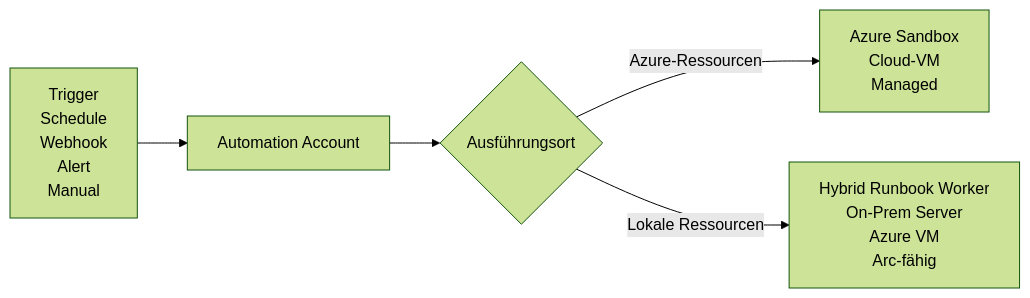
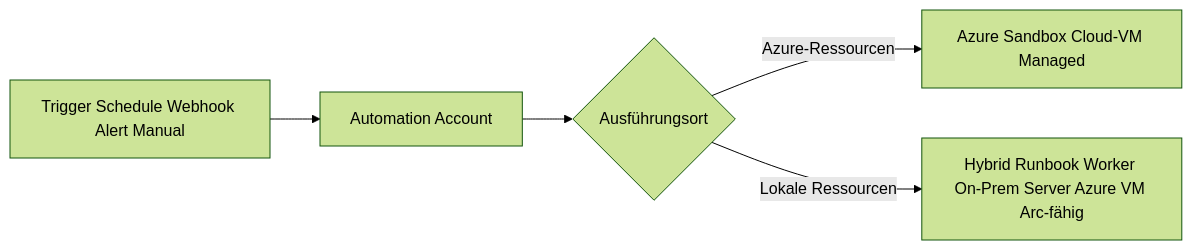
One commit to SoniiiT/notes-n-docs changed the second of 4 diagrams in Microsoft 365/Azure/Monitor und Management/Azure Automation.md. Above: the diagram before and after it, drawn with Mermaid (forest theme). The commit also changed other lines of this file and 124 other files, not shown here.

First line of the commit message:
fix: Entferne \n aus allen Mermaid-Diagrammen (125 Dateien)

````diff
--- a/Microsoft 365/Azure/Monitor und Management/Azure Automation.md
+++ b/Microsoft 365/Azure/Monitor und Management/Azure Automation.md
@@ -154,13 +154,13 @@
 ```mermaid
 graph LR
     AA["Automation Account"]
-    Trigger["Trigger\nSchedule\nWebhook\nAlert\nManual"]
+    Trigger["Trigger Schedule Webhook Alert Manual"]
     Decision{"Ausführungsort"}
-    Sandbox["Azure Sandbox\nCloud-VM\nManaged"]
-    HRW["Hybrid Runbook Worker\nOn-Prem Server\nAzure VM\nArc-fähig"]
+    Sandbox["Azure Sandbox Cloud-VM Managed"]
+    HRW["Hybrid Runbook Worker On-Prem Server Azure VM Arc-fähig"]
 
     Trigger --> AA
     AA --> Decision
     Decision -- "Azure-Ressourcen" --> Sandbox
     Decision -- "Lokale Ressourcen" --> HRW
 ```
````
